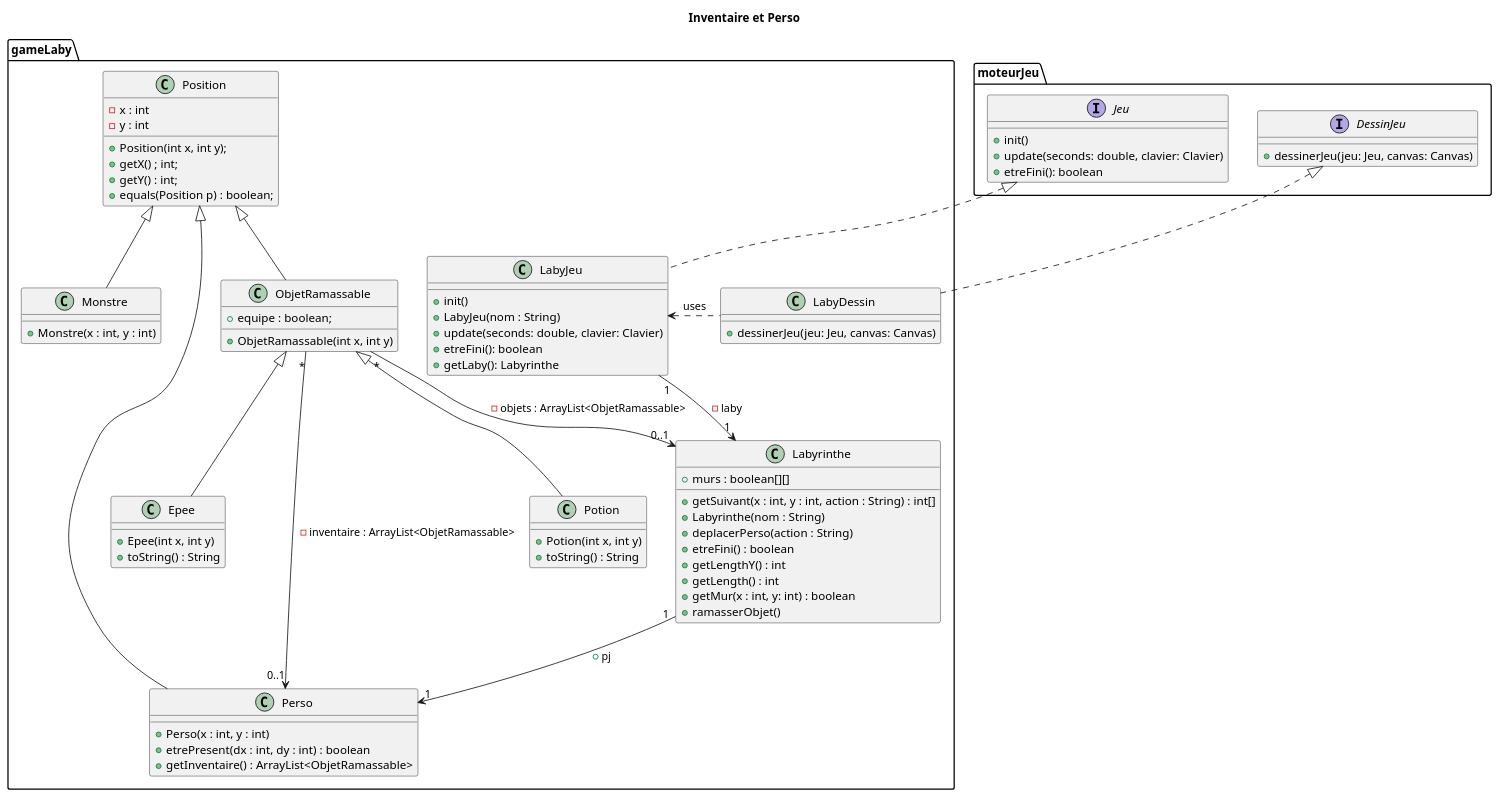
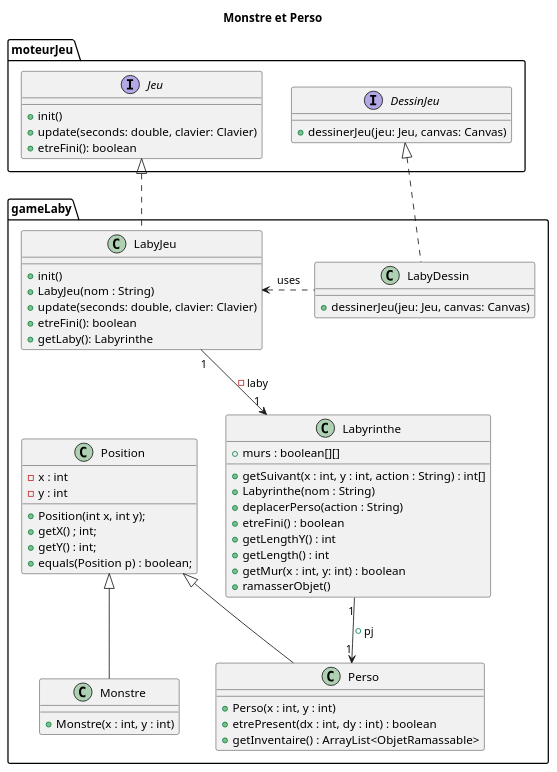
One commit to OoNeal/2022_zeldiablo_rionde8u_povoas1u_melchior25u_arnaud35u changed the diagram in documents/version_2/DiagClasse_Monstre.puml. Above: the diagram before and after it, drawn with PlantUML. The commit also changed 2 other files, not shown here.

Commit message:
Mise a jour des diagrammmes de classe

```diff
--- a/documents/version_2/DiagClasse_Monstre.puml
+++ b/documents/version_2/DiagClasse_Monstre.puml
@@ -1,103 +1,89 @@
 @startuml
-title Inventaire et Perso
+title Monstre et Perso
 
 '''classe'''
 
 
 package moteurJeu {
 
 interface Jeu{
 + init()
 + update(seconds: double, clavier: Clavier)
 + etreFini(): boolean
 }
 
 
 interface DessinJeu {
 + dessinerJeu(jeu: Jeu, canvas: Canvas)
 }
 }
 
 
 package gameLaby {
 
 
 class Labyrinthe{
   + murs : boolean[][]
   + getSuivant(x : int, y : int, action : String) : int[]
   + Labyrinthe(nom : String)
   + deplacerPerso(action : String)
   + etreFini() : boolean
   + getLengthY() : int
   + getLength() : int
   + getMur(x : int, y: int) : boolean
   + ramasserObjet()
 }
 
 
-class ObjetRamassable {
-    + equipe : boolean;
-    + ObjetRamassable(int x, int y)
-}
 
-class Potion{
-    + Potion(int x, int y)
-    + toString() : String
-}
 
-class Epee{
-    + Epee(int x, int y)
-    + toString() : String
-}
+
 
 class Position {
     - x : int
     - y : int
     + Position(int x, int y);
     + getX() ; int;
     + getY() : int;
     + equals(Position p) : boolean;
 }
 
 class Monstre {
   + Monstre(x : int, y : int)
 }
 
 
 class Perso {
   + Perso(x : int, y : int)
   + etrePresent(dx : int, dy : int) : boolean
   + getInventaire() : ArrayList<ObjetRamassable>
 }
 
 class LabyJeu{
 + init()
 + LabyJeu(nom : String)
 + update(seconds: double, clavier: Clavier)
 + etreFini(): boolean
 + getLaby(): Labyrinthe
 }
 
 class LabyDessin{
 + dessinerJeu(jeu: Jeu, canvas: Canvas)
 }
 }
 
 
 LabyJeu "1" --> "1" Labyrinthe : -laby
 DessinJeu <|.. LabyDessin
 Jeu <|.. LabyJeu
 Labyrinthe "1" --> "1" Perso: + pj
 LabyJeu <. LabyDessin:uses
 
-ObjetRamassable "*" --> "0..1" Perso: -inventaire : ArrayList<ObjetRamassable>
-ObjetRamassable "*" --> "0..1" Labyrinthe: -objets : ArrayList<ObjetRamassable>
-ObjetRamassable  <|-- "Potion"
-ObjetRamassable  <|-- "Epee"
+
 Position <|--  Perso
 Position <|--  Monstre
-Position <|--  ObjetRamassable
+
 
 
 
 @enduml
```
